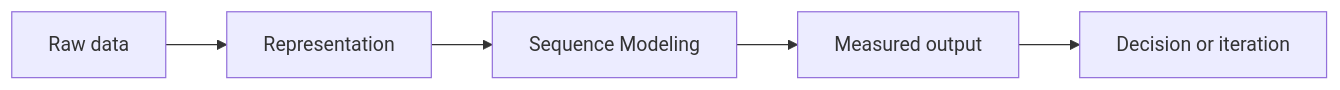
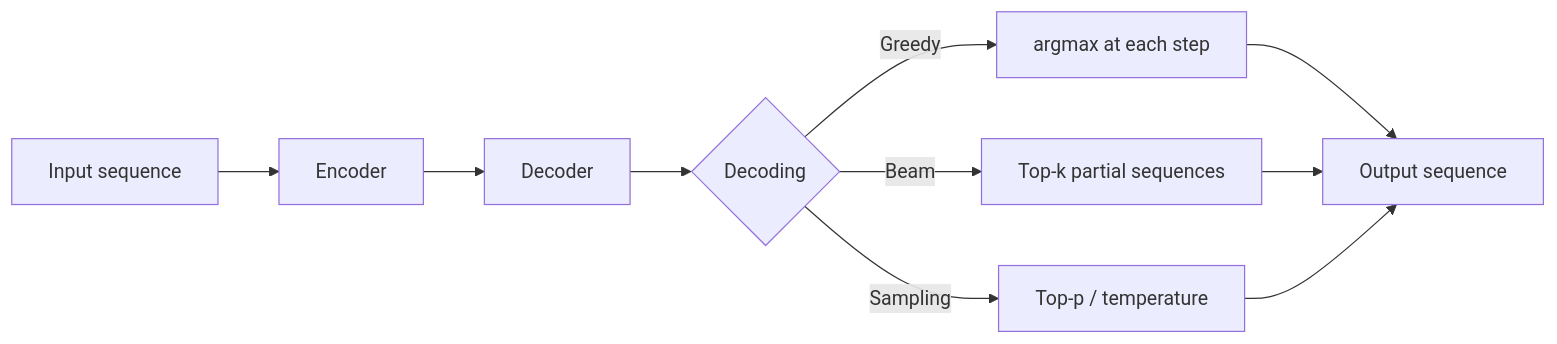
Before and after one commit to Icon1cc/Machine-Learning: the diagram in nlp/05-sequence-modeling.md, drawn with Mermaid. The commit also changed other lines of this file and 264 other files, not shown here.

````diff
--- a/nlp/05-sequence-modeling.md
+++ b/nlp/05-sequence-modeling.md
@@ -92,7 +269,12 @@
 ```mermaid
 flowchart LR
-    A[Raw data] --> B[Representation]
-    B --> C[Sequence Modeling]
-    C --> D[Measured output]
-    D --> E[Decision or iteration]
+    I[Input sequence] --> E[Encoder]
+    E --> D[Decoder]
+    D --> S{Decoding}
+    S -- Greedy --> G[argmax at each step]
+    S -- Beam --> B[Top-k partial sequences]
+    S -- Sampling --> P[Top-p / temperature]
+    G --> O[Output sequence]
+    B --> O
+    P --> O
 ```
````
